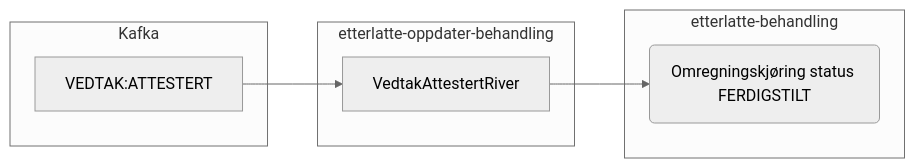
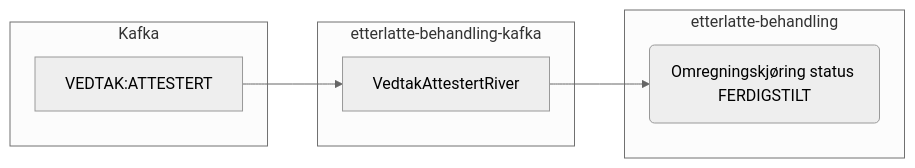
The second of 4 diagrams in libs/etterlatte-omregning-model/README.md (navikt/pensjon-etterlatte-saksbehandling), drawn with Mermaid (neutral theme) before and after one commit. The commit also changed other lines of this file and 45 other files, not shown here.

Commit message:
EY-4964 Endre appnavn til etterlatte-behandling-kafka

````diff
--- a/libs/etterlatte-omregning-model/README.md
+++ b/libs/etterlatte-omregning-model/README.md
@@ -75,14 +75,14 @@
 ```mermaid
 flowchart LR
     subgraph Kafka
         VEDTAK:ATTESTERT
     end
-    subgraph etterlatte-oppdater-behandling
+    subgraph etterlatte-behandling-kafka
         VedtakAttestertRiver
     end
     subgraph etterlatte-behandling
         omregning-ferdig(Omregningskjøring status FERDIGSTILT)
     end
     VEDTAK:ATTESTERT --> VedtakAttestertRiver
     VedtakAttestertRiver --> omregning-ferdig
 ```
````
